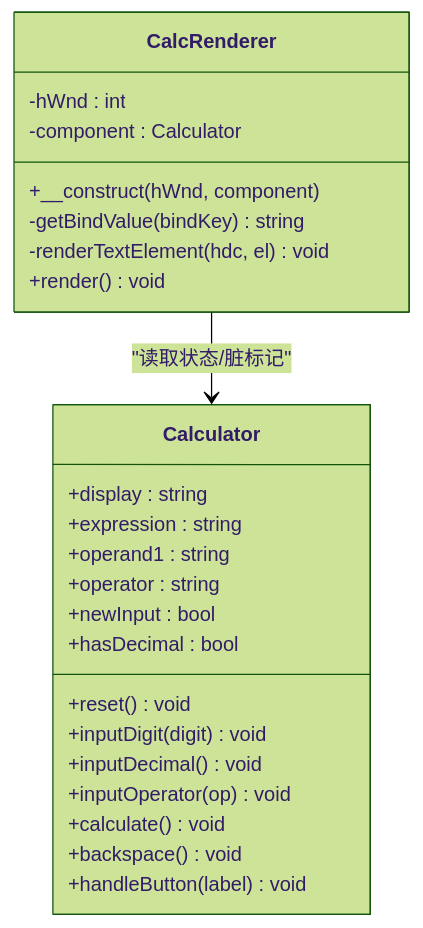
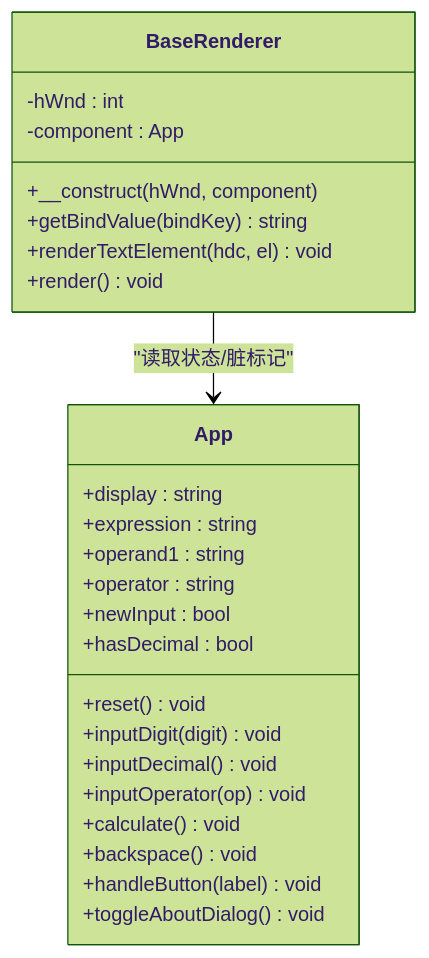
One commit to xingye00186/PHP-Data-UI-Framework-powered-by-swooleAOT changed the fourth of 7 diagrams in .qoder/repowiki/zh/content/应用程序生命周期/应用程序生命周期.md. Above: the diagram before and after it, drawn with Mermaid (forest theme). The commit also changed other lines of this file and 7 other files, not shown here.

````diff
--- a/.qoder/repowiki/zh/content/应用程序生命周期/应用程序生命周期.md
+++ b/.qoder/repowiki/zh/content/应用程序生命周期/应用程序生命周期.md
@@ -171,27 +170,28 @@
 ```mermaid
 classDiagram
-class CalcRenderer {
+class BaseRenderer {
 -hWnd : int
--component : Calculator
+-component : App
 +__construct(hWnd, component)
--getBindValue(bindKey) string
--renderTextElement(hdc, el) void
++getBindValue(bindKey) string
++renderTextElement(hdc, el) void
 +render() void
 }
-class Calculator {
+class App {
 +display : string
 +expression : string
 +operand1 : string
 +operator : string
 +newInput : bool
 +hasDecimal : bool
 +reset() void
 +inputDigit(digit) void
 +inputDecimal() void
 +inputOperator(op) void
 +calculate() void
 +backspace() void
 +handleButton(label) void
++toggleAboutDialog() void
 }
-CalcRenderer --> Calculator : "读取状态/脏标记"
+BaseRenderer --> App : "读取状态/脏标记"
 ```
````
